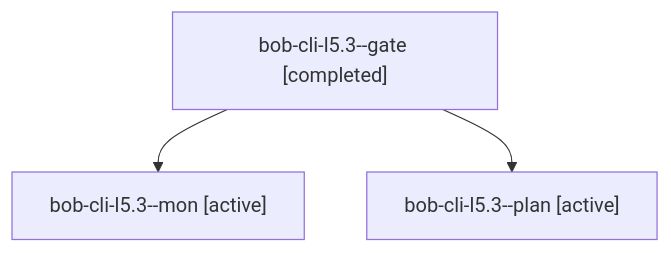
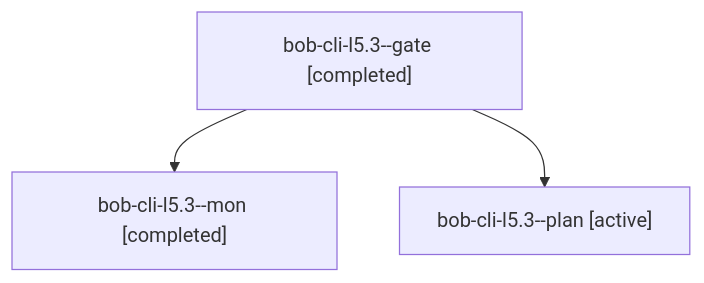
One commit to bobs-org/bob-cli--agents changed the diagram in sessions/bbugyi200.athena.bob-cli-l5.3.md. Above: the diagram before and after it, drawn with Mermaid. The commit also changed other lines of this file and 47 other files, not shown here.

````diff
--- a/sessions/bbugyi200.athena.bob-cli-l5.3.md
+++ b/sessions/bbugyi200.athena.bob-cli-l5.3.md
@@ -9,8 +9,8 @@
 ```mermaid
 flowchart TD
   n0["bob-cli-l5.3--gate [completed]"]
-  n1["bob-cli-l5.3--mon [active]"]
+  n1["bob-cli-l5.3--mon [completed]"]
   n0 --> n1
   n2["bob-cli-l5.3--plan [active]"]
   n0 --> n2
 ```
````
